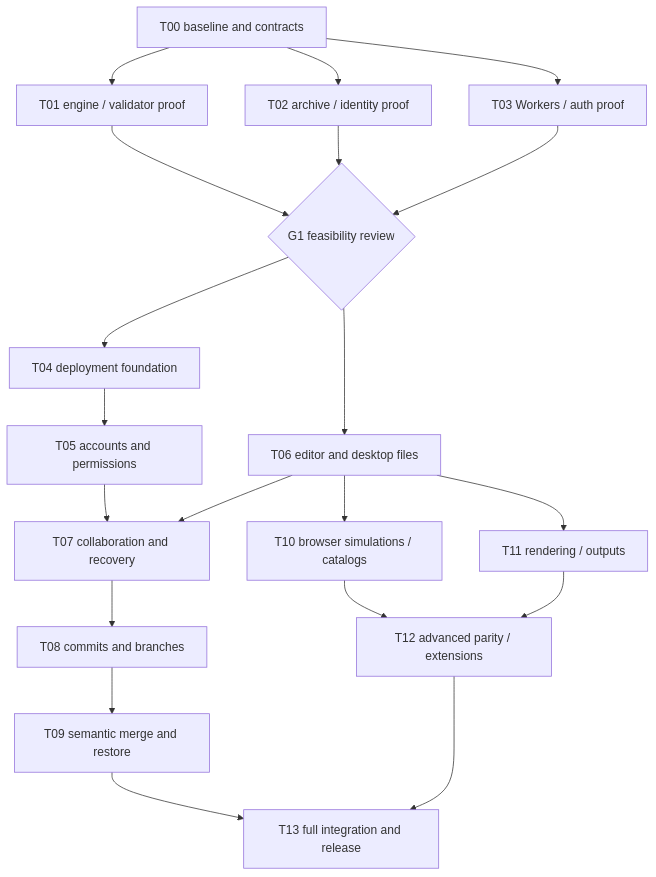
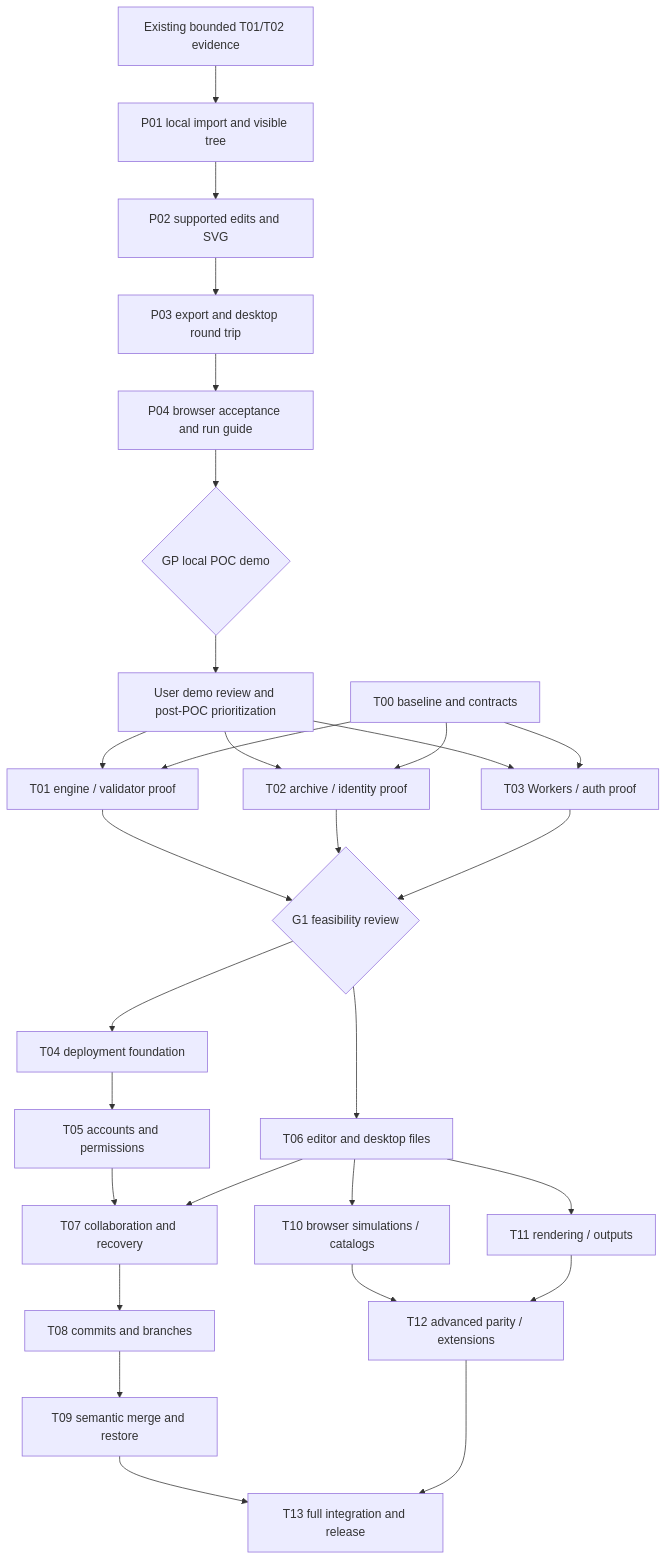
One commit to CSutter5/openrocket changed the diagram in docs/web-app/agent-work-plan.md. Above: the diagram before and after it, drawn with Mermaid. The commit also changed other lines of this file and 7 other files, not shown here.

Commit message:
docs: prioritize a bounded local editor POC before full feasibility

````diff
--- a/docs/web-app/agent-work-plan.md
+++ b/docs/web-app/agent-work-plan.md
@@ -17,22 +17,31 @@
 ```mermaid
 flowchart TD
+    Proven[Existing bounded T01/T02 evidence] --> P01[P01 local import and visible tree]
+    P01 --> P02[P02 supported edits and SVG]
+    P02 --> P03[P03 export and desktop round trip]
+    P03 --> P04[P04 browser acceptance and run guide]
+    P04 --> GP{GP local POC demo}
+    GP --> Review[User demo review and post-POC prioritization]
+    Review --> T01
+    Review --> T02
+    Review --> T03
     T00[T00 baseline and contracts] --> T01[T01 engine / validator proof]
     T00 --> T02[T02 archive / identity proof]
     T00 --> T03[T03 Workers / auth proof]
     T01 --> G1{G1 feasibility review}
     T02 --> G1
     T03 --> G1
     G1 --> T04[T04 deployment foundation]
     T04 --> T05[T05 accounts and permissions]
     G1 --> T06[T06 editor and desktop files]
     T05 --> T07[T07 collaboration and recovery]
     T06 --> T07
     T07 --> T08[T08 commits and branches]
     T08 --> T09[T09 semantic merge and restore]
     T06 --> T10[T10 browser simulations / catalogs]
     T06 --> T11[T11 rendering / outputs]
     T10 --> T12[T12 advanced parity / extensions]
     T11 --> T12
     T09 --> T13[T13 full integration and release]
     T12 --> T13
 ```
````
